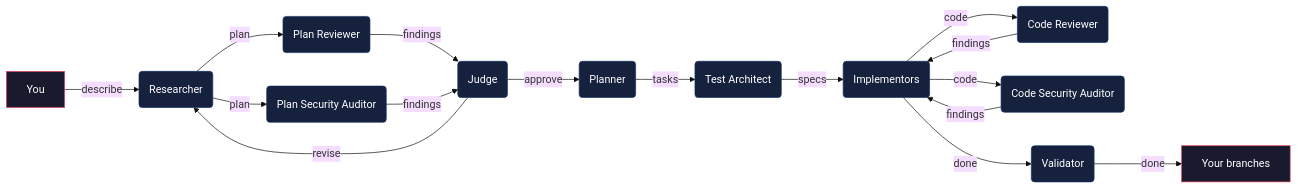
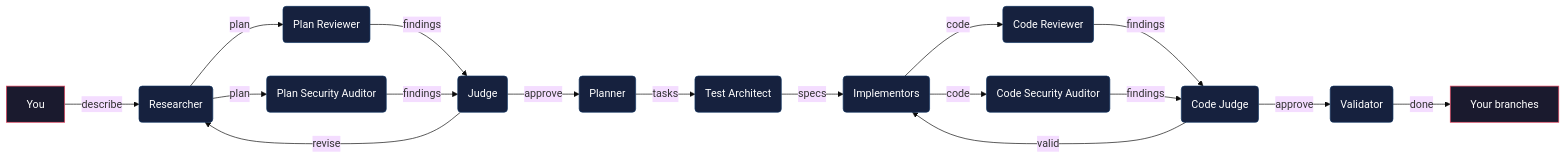
One commit to usekora/kora changed the first of 2 diagrams in README.md. Above: the diagram before and after it, drawn with Mermaid (base theme). The commit also changed other lines of this file and 2 other files, not shown here.

First line of the commit message:
feat: judge-mediated code review loop per task

````diff
--- a/README.md
+++ b/README.md
@@ -35,31 +35,33 @@
 ```mermaid
 graph LR
     A[You] -->|describe| B(Researcher)
     B -->|plan| C(Plan Reviewer)
     B -->|plan| D(Plan Security Auditor)
     C -->|findings| E(Judge)
     D -->|findings| E
     E -->|revise| B
     E -->|approve| F(Planner)
     F -->|tasks| G(Test Architect)
     G -->|specs| H(Implementors)
     H -->|code| I(Code Reviewer)
     H -->|code| K(Code Security Auditor)
-    I -->|findings| H
-    K -->|findings| H
-    H -->|done| J(Validator)
+    I -->|findings| M(Code Judge)
+    K -->|findings| M
+    M -->|valid| H
+    M -->|approve| J(Validator)
     J -->|done| L[Your branches]
 
     style A fill:#1a1a2e,stroke:#e94560,color:#fff
     style B fill:#16213e,stroke:#0f3460,color:#fff
     style C fill:#16213e,stroke:#0f3460,color:#fff
     style D fill:#16213e,stroke:#0f3460,color:#fff
     style E fill:#16213e,stroke:#0f3460,color:#fff
     style F fill:#16213e,stroke:#0f3460,color:#fff
     style G fill:#16213e,stroke:#0f3460,color:#fff
     style H fill:#16213e,stroke:#0f3460,color:#fff
     style I fill:#16213e,stroke:#0f3460,color:#fff
     style J fill:#16213e,stroke:#0f3460,color:#fff
     style K fill:#16213e,stroke:#0f3460,color:#fff
     style L fill:#1a1a2e,stroke:#e94560,color:#fff
+    style M fill:#16213e,stroke:#0f3460,color:#fff
 ```
````
